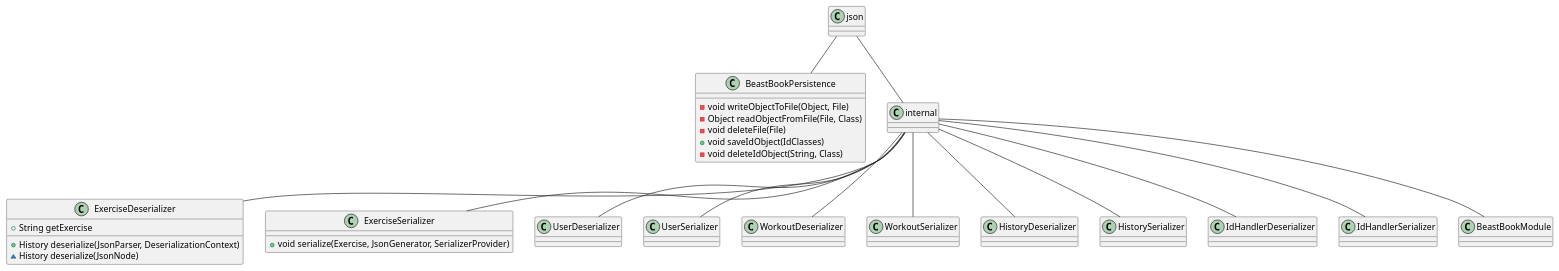
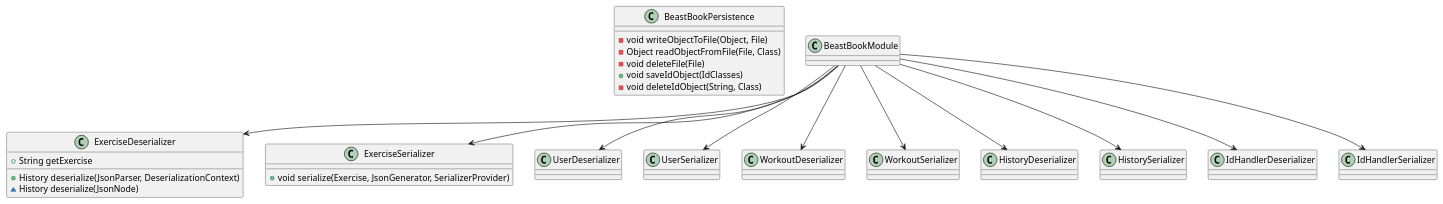
Before and after one commit to Madt2/IT1901-Prosjekt-host-2021: the diagram in docs/diagrams/jsonDiagram.puml, drawn with PlantUML. The commit also changed 4 other files, not shown here.

Commit message:
Updated and changed setup in class diagrams for architecture, json, core and rest.

```diff
--- a/docs/diagrams/jsonDiagram.puml
+++ b/docs/diagrams/jsonDiagram.puml
@@ -1,61 +1,59 @@
 @startuml Json Diagram
 class BeastBookPersistence {
   -void writeObjectToFile(Object, File)
   -Object readObjectFromFile(File, Class)
   -void deleteFile(File)
   +void saveIdObject(IdClasses)
   -void deleteIdObject(String, Class)
 }
 
 class ExerciseDeserializer {
   +History deserialize(JsonParser, DeserializationContext)
   ~History deserialize(JsonNode)
   +String getExercise
 }
 
 class ExerciseSerializer {
   +void serialize(Exercise, JsonGenerator, SerializerProvider)
 }
 
 class UserDeserializer {
 }
 
 class UserSerializer {
 }
 
 class WorkoutDeserializer {
 }
 
 class WorkoutSerializer {
 }
 
 class HistoryDeserializer {
 }
 
 class HistorySerializer {
 }
 
 class IdHandlerDeserializer {
 }
 
 class IdHandlerSerializer {
 }
 
 class BeastBookModule {
 
 }
 
-json -- internal
-internal -- ExerciseDeserializer
-internal -- ExerciseSerializer
-internal -- UserDeserializer
-internal -- UserSerializer
-internal -- WorkoutDeserializer
-internal -- WorkoutSerializer
-internal -- HistoryDeserializer
-internal -- HistorySerializer
-internal -- IdHandlerDeserializer
-internal -- IdHandlerSerializer
-internal -- BeastBookModule
-json -- BeastBookPersistence
+BeastBookModule --> ExerciseDeserializer
+BeastBookModule --> ExerciseSerializer
+BeastBookModule --> UserDeserializer
+BeastBookModule --> UserSerializer
+BeastBookModule --> WorkoutDeserializer
+BeastBookModule --> WorkoutSerializer
+BeastBookModule --> HistoryDeserializer
+BeastBookModule --> HistorySerializer
+BeastBookModule --> IdHandlerDeserializer
+BeastBookModule --> IdHandlerSerializer
+
 @enduml
```
